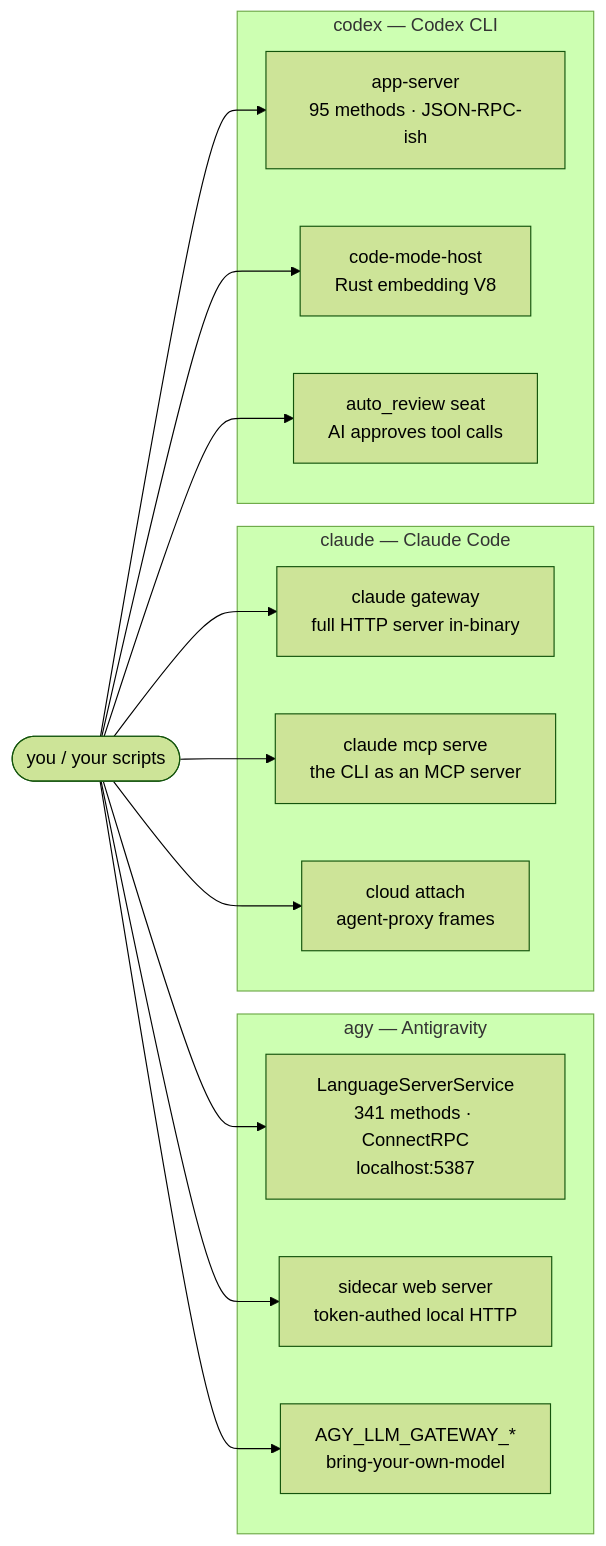
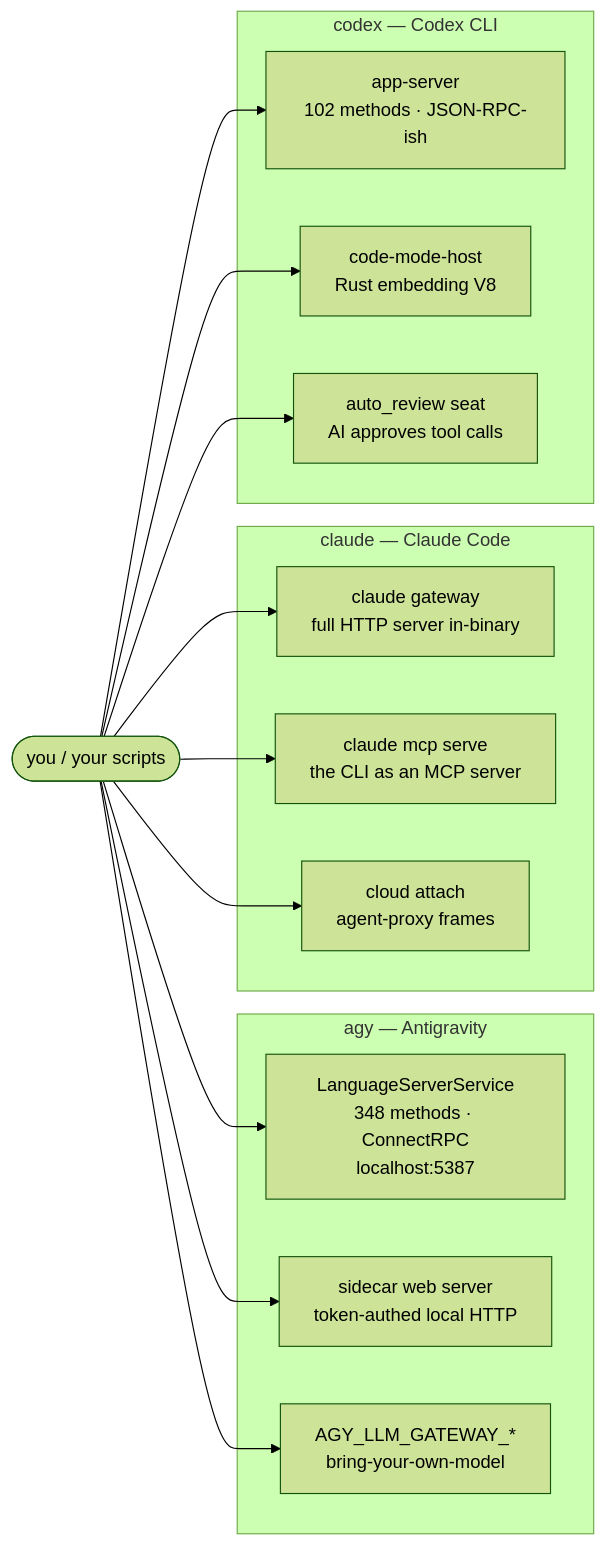
One commit to bon3head/agent-cli-internals changed the diagram in README.md. Above: the diagram before and after it, drawn with Mermaid (forest theme). The commit also changed other lines of this file and 23 other files, not shown here.

Commit message:
Reinforcement merge (2026-10-19): 15 figure corrections with dated notes, 10 new finding docs, re-ranked 22-row table, methodology lossy-counting lesson + hard tool limits, refreshed honesty box

````diff
--- a/README.md
+++ b/README.md
@@ -23,19 +23,19 @@
 ```mermaid
 flowchart LR
     subgraph AGY["agy — Antigravity"]
-        LS["LanguageServerService<br/>341 methods · ConnectRPC<br/>localhost:5387"]
+        LS["LanguageServerService<br/>348 methods · ConnectRPC<br/>localhost:5387"]
         SC["sidecar web server<br/>token-authed local HTTP"]
         BYO["AGY_LLM_GATEWAY_*<br/>bring-your-own-model"]
     end
     subgraph CLAUDE["claude — Claude Code"]
         GTW["claude gateway<br/>full HTTP server in-binary"]
         MCP["claude mcp serve<br/>the CLI as an MCP server"]
         CLD["cloud attach<br/>agent-proxy frames"]
     end
     subgraph CODEX["codex — Codex CLI"]
-        AS["app-server<br/>95 methods · JSON-RPC-ish"]
+        AS["app-server<br/>102 methods · JSON-RPC-ish"]
         CM["code-mode-host<br/>Rust embedding V8"]
         AR["auto_review seat<br/>AI approves tool calls"]
     end
     YOU(["you / your scripts"]) --> LS & SC & BYO & GTW & MCP & CLD & AS & CM & AR
 ```
````
